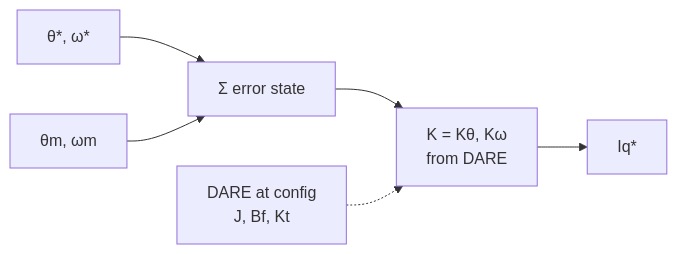
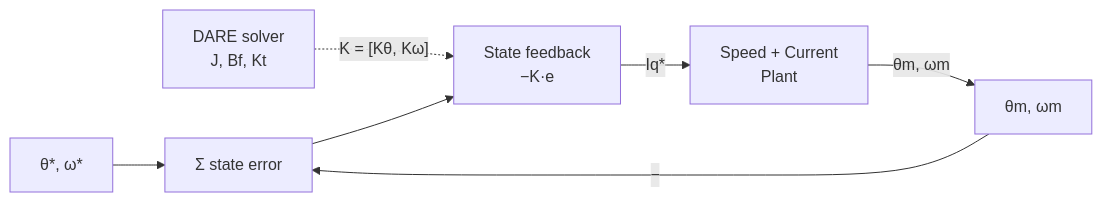
One commit to embedded-pro/e-foc changed the first of 2 diagrams in documentation/theory/position-loop-controllers.md. Above: the diagram before and after it, drawn with Mermaid. The commit also changed other lines of this file and 21 other files, not shown here.

````diff
--- a/documentation/theory/position-loop-controllers.md
+++ b/documentation/theory/position-loop-controllers.md
@@ -133,8 +132,9 @@
 ```mermaid
 graph LR
-    XREF["θ*, ω*"] --> ERR["Σ error state"]
-    XMEAS["θm, ωm"] --> ERR
-    ERR --> GAIN["K = Kθ, Kω\nfrom DARE"]
-    GAIN --> IQ["Iq*"]
-    DARE["DARE at config\nJ, Bf, Kt"] -.-> GAIN
+    XREF["θ*, ω*"] --> ERR["Σ state error"]
+    XMEAS["θm, ωm"] -->|"−"| ERR
+    DARE["DARE solver\nJ, Bf, Kt"] -.->|"K = [Kθ, Kω]"| GAIN["State feedback\n−K·e"]
+    ERR --> GAIN
+    GAIN -->|"Iq*"| PLANT["Speed + Current\nPlant"]
+    PLANT -->|"θm, ωm"| XMEAS
 ```
````
